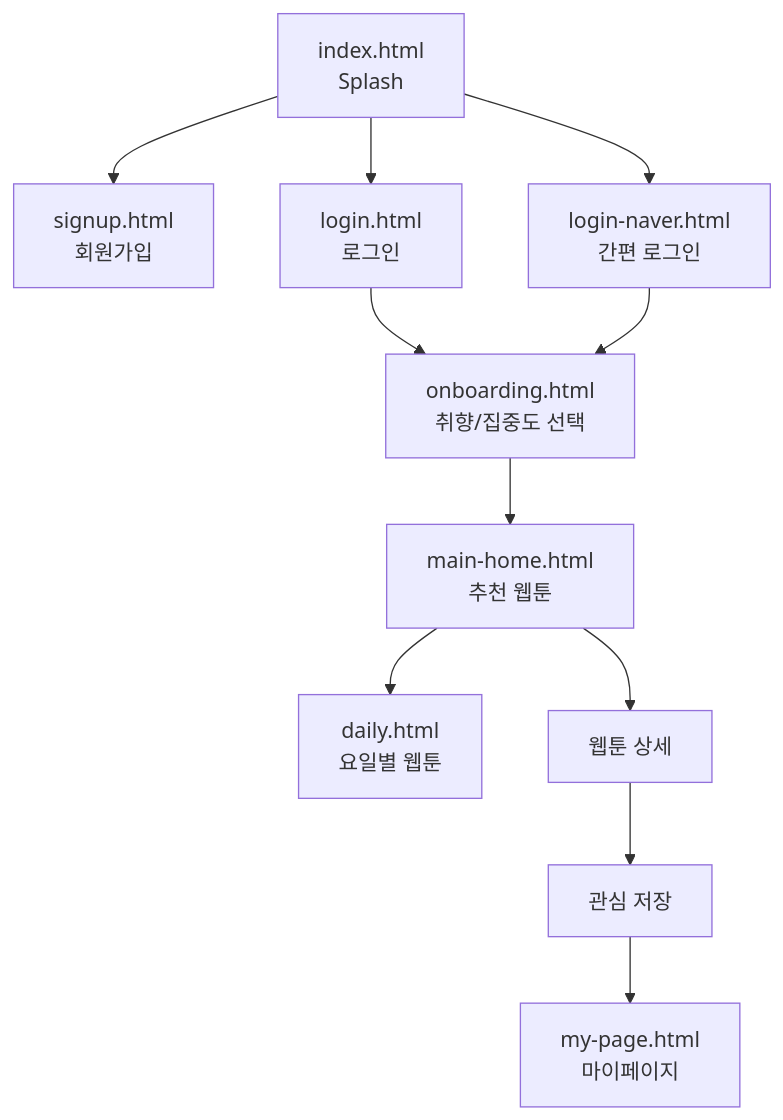
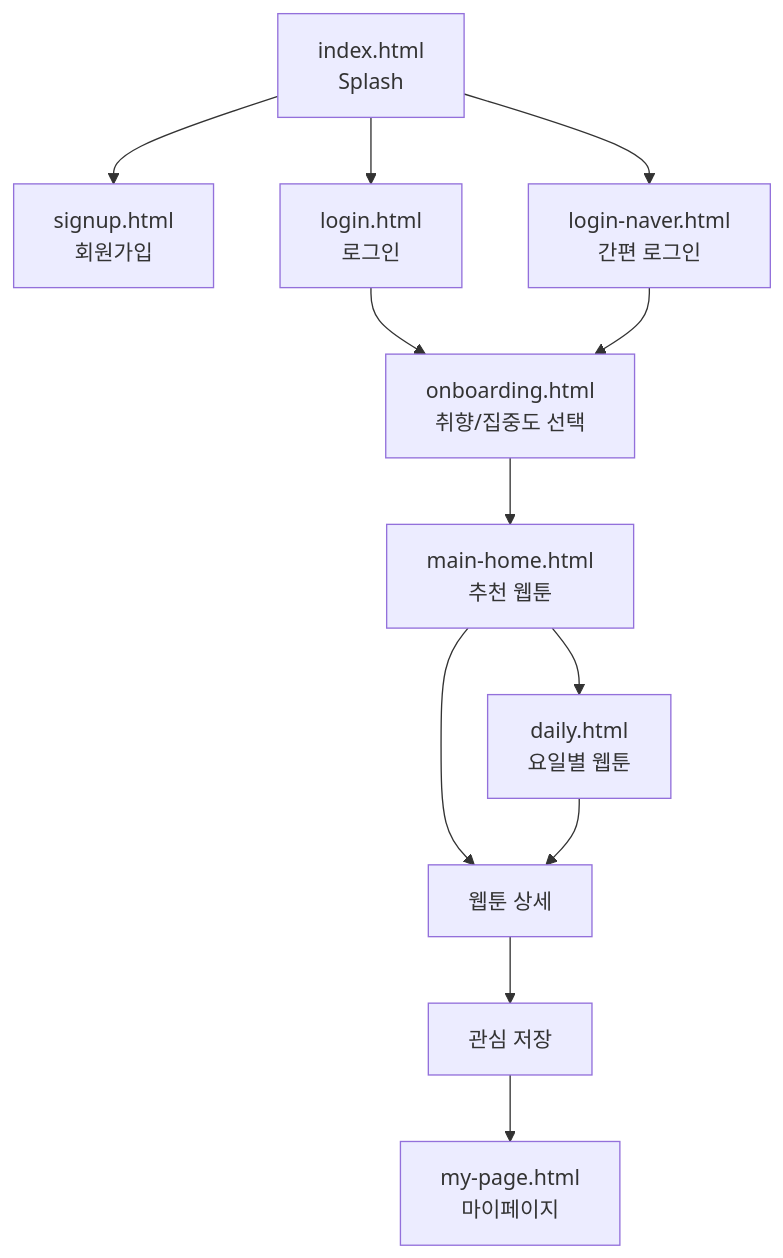
One commit to yujj9705/naver-webtoon changed the second of 7 diagrams in README.md. Above: the diagram before and after it, drawn with Mermaid.

````diff
--- a/README.md
+++ b/README.md
@@ -77,21 +77,22 @@
 ```mermaid
 flowchart TD
 
     A[index.html<br/>Splash]
 
     A --> B[signup.html<br/>회원가입]
     A --> C[login.html<br/>로그인]
     A --> D[login-naver.html<br/>간편 로그인]
 
     C --> E[onboarding.html<br/>취향/집중도 선택]
     D --> E
 
     E --> F[main-home.html<br/>추천 웹툰]
 
     F --> G[daily.html<br/>요일별 웹툰]
     F --> H[웹툰 상세]
+    G --> H
 
     H --> I[관심 저장]
 
     I --> J[my-page.html<br/>마이페이지]
 ```
````
